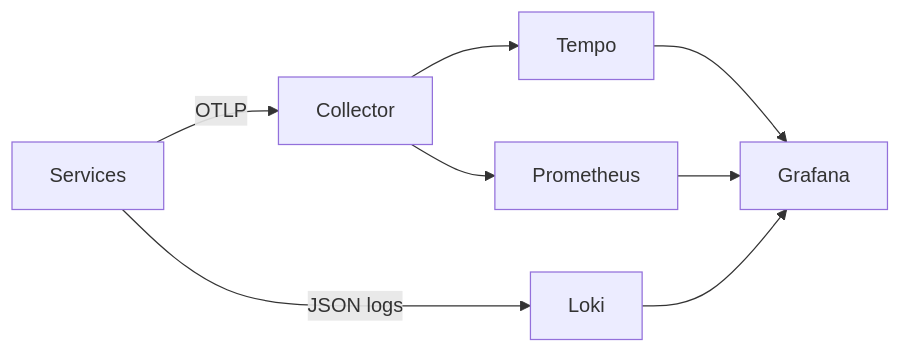
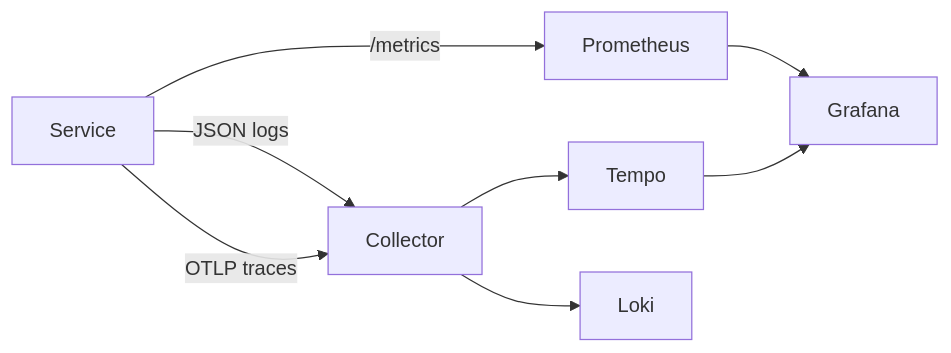
Before and after one commit to ekowbaah/otel-stack-lab: the diagram in README.md, drawn with Mermaid. The commit also changed other lines of this file and 4 other files, not shown here.

Commit message:
feat: connect application logs to Loki

````diff
--- a/README.md
+++ b/README.md
@@ -10,10 +20,10 @@
 ```mermaid
 flowchart LR
-  Services -->|OTLP| Collector
+  Service -->|OTLP traces| Collector
   Collector --> Tempo
-  Collector --> Prometheus
+  Service -->|/metrics| Prometheus
+  Service -->|JSON logs| Collector
+  Collector --> Loki
   Tempo --> Grafana
   Prometheus --> Grafana
-  Services -->|JSON logs| Loki
-  Loki --> Grafana
 ```
````
